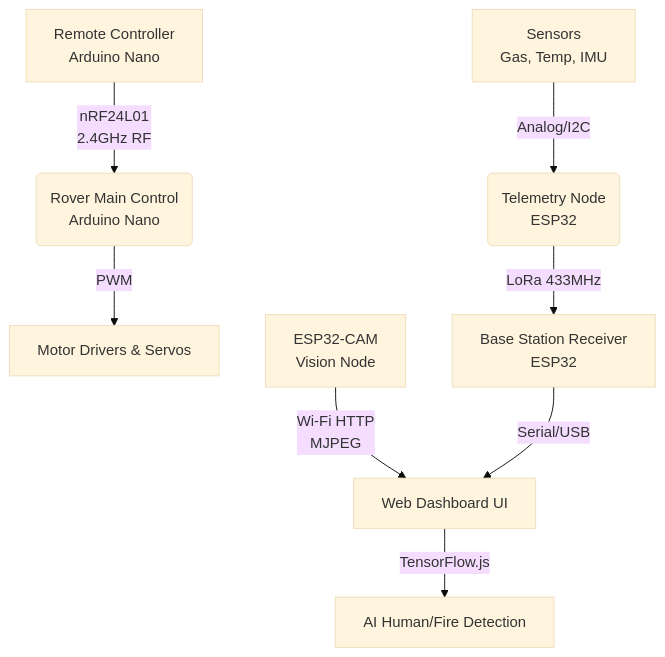
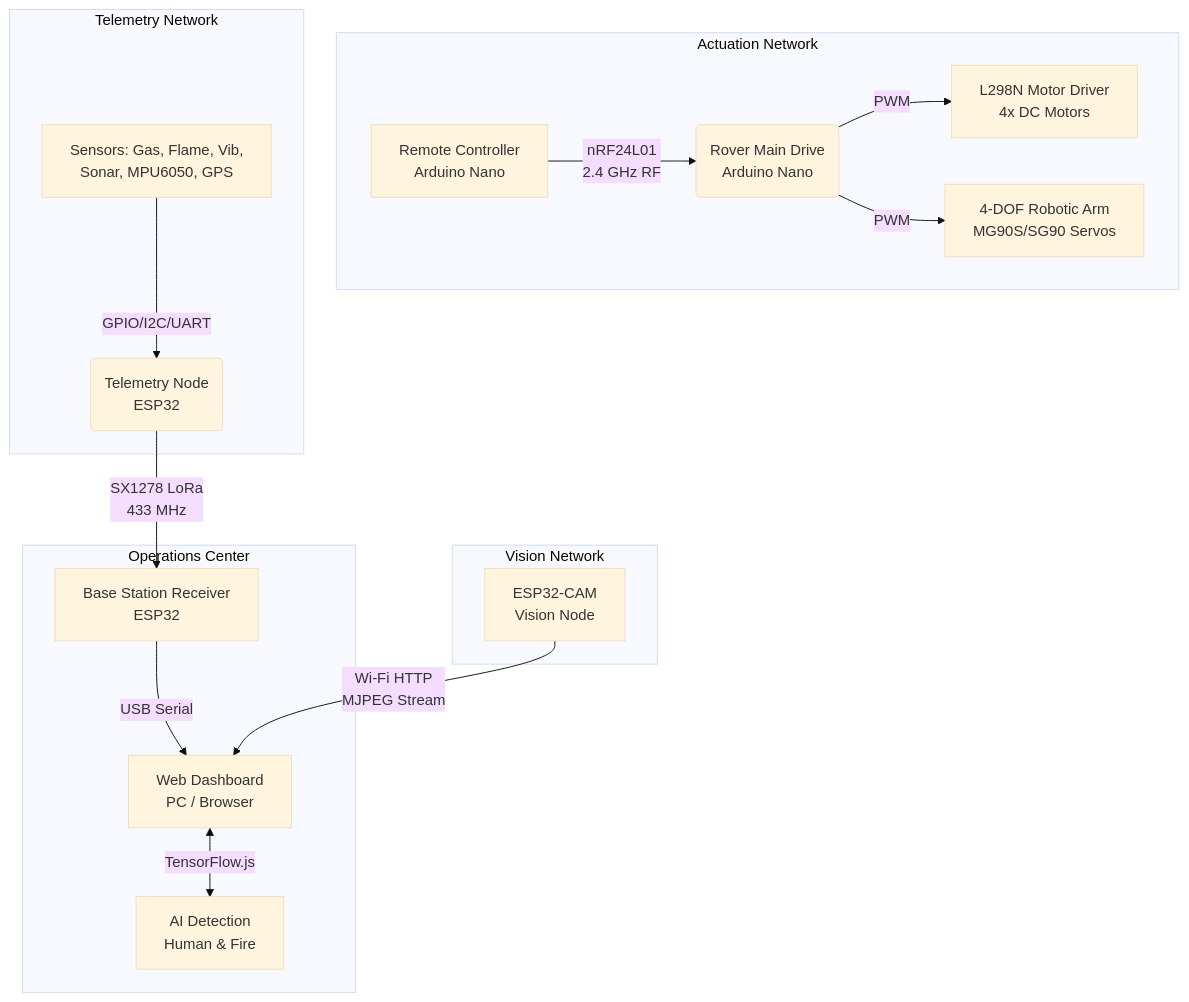
The diagram in README.md (Prolayjit-B14/RescueBOT), drawn with Mermaid (base theme) before and after one commit.

Commit message:
Enhance and logically group system architecture diagram

````diff
--- a/README.md
+++ b/README.md
@@ -77,13 +77,22 @@
 ```mermaid
 graph TD
-    A[Remote Controller<br>Arduino Nano] -->|nRF24L01<br>2.4GHz RF| B(Rover Main Control<br>Arduino Nano)
-    B -->|PWM| C[Motor Drivers & Servos]
+    subgraph Operations Center
+        F[Base Station Receiver<br>ESP32] -->|USB Serial| H[Web Dashboard<br>PC / Browser]
+        H <-->|TensorFlow.js| I[AI Detection<br>Human & Fire]
+    end
+
+    subgraph Actuation Network
+        A[Remote Controller<br>Arduino Nano] -->|nRF24L01<br>2.4 GHz RF| B(Rover Main Drive<br>Arduino Nano)
+        B -->|PWM| C[L298N Motor Driver<br>4x DC Motors]
+        B -->|PWM| S[4-DOF Robotic Arm<br>MG90S/SG90 Servos]
+    end
     
-    D[Sensors<br>Gas, Temp, IMU] -->|Analog/I2C| E(Telemetry Node<br>ESP32)
-    E -->|LoRa 433MHz| F[Base Station Receiver<br>ESP32]
+    subgraph Telemetry Network
+        D[Sensors: Gas, Flame, Vib,<br>Sonar, MPU6050, GPS] -->|GPIO/I2C/UART| E(Telemetry Node<br>ESP32)
+        E -->|SX1278 LoRa<br>433 MHz| F
+    end
     
-    G[ESP32-CAM<br>Vision Node] -->|Wi-Fi HTTP<br>MJPEG| H[Web Dashboard UI]
-    F -->|Serial/USB| H
-    
-    H -->|TensorFlow.js| I[AI Human/Fire Detection]
+    subgraph Vision Network
+        G[ESP32-CAM<br>Vision Node] -->|Wi-Fi HTTP<br>MJPEG Stream| H
+    end
 ```
````
